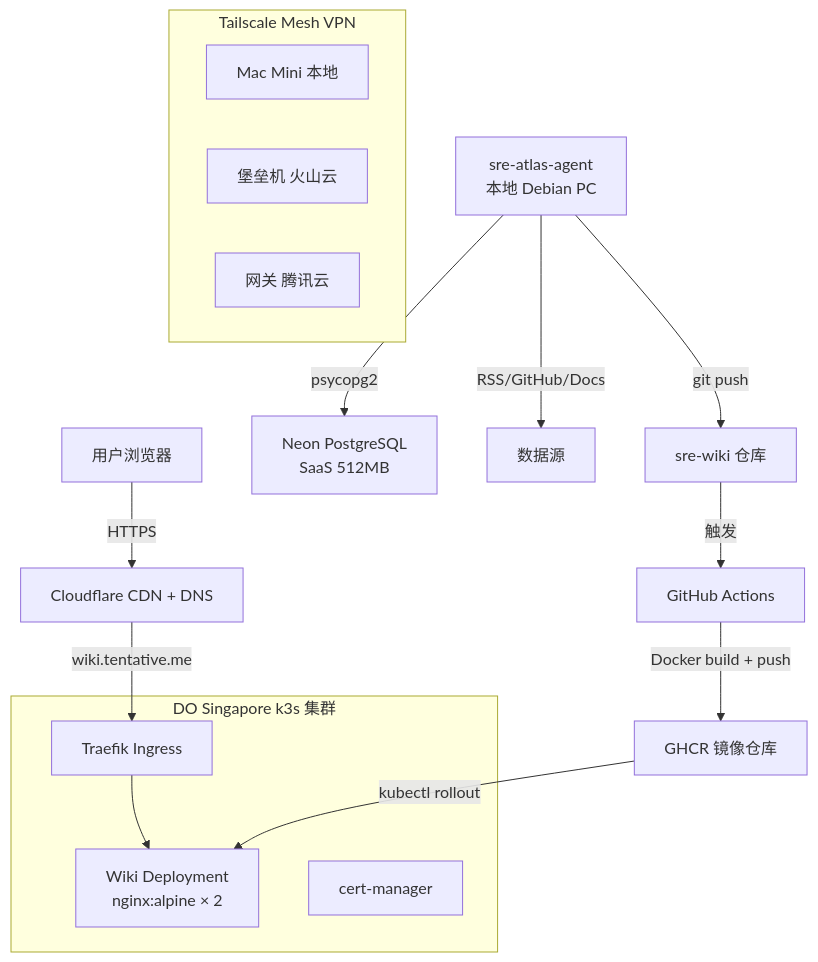
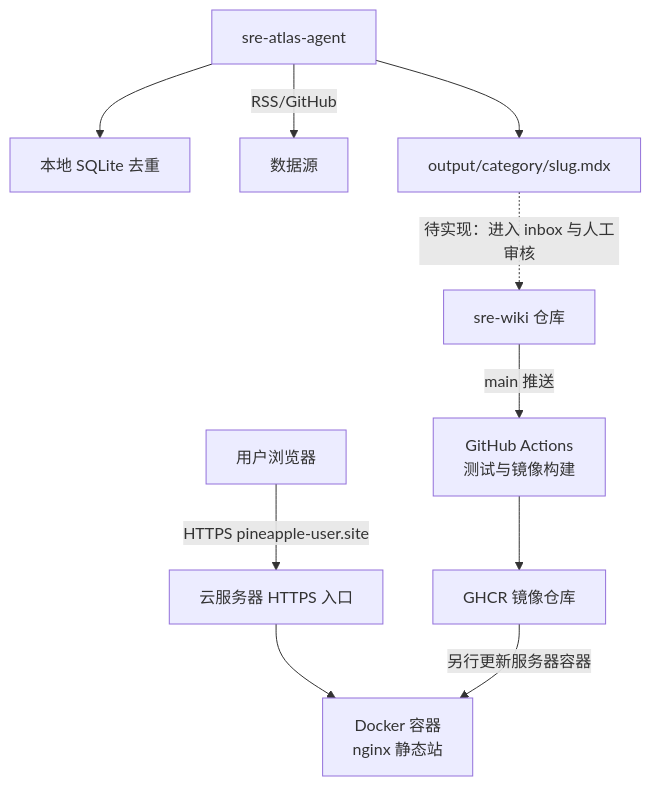
The diagram in PROJECT.md (lin327/sre-wiki), drawn with Mermaid before and after one commit. The commit also changed other lines of this file and 1 other file, not shown here.

Commit message:
docs(repo): 对齐部署内容边界与广告说明

````diff
--- a/PROJECT.md
+++ b/PROJECT.md
@@ -16,26 +16,12 @@
 ```mermaid
 graph TB
-    User[用户浏览器] -->|HTTPS| CF[Cloudflare CDN + DNS]
-    CF -->|wiki.tentative.me| Traefik[Traefik Ingress]
-    Traefik --> Wiki[Wiki Deployment<br/>nginx:alpine × 2]
-
-    GH[GitHub Actions] -->|Docker build + push| GHCR[GHCR 镜像仓库]
-    GHCR -->|kubectl rollout| Wiki
-
-    Agent[sre-atlas-agent<br/>本地 Debian PC] -->|psycopg2| Neon[Neon PostgreSQL<br/>SaaS 512MB]
-    Agent -->|RSS/GitHub/Docs| Sources[数据源]
-    Agent -->|git push| Repo[sre-wiki 仓库]
-    Repo -->|触发| GH
-
-    subgraph "DO Singapore k3s 集群"
-        Traefik
-        Wiki
-        CM[cert-manager]
-    end
-
-    subgraph "Tailscale Mesh VPN"
-        MC[Mac Mini 本地]
-        Bastion[堡垒机 火山云]
-        GW[网关 腾讯云]
-    end
+    User[用户浏览器] -->|HTTPS pineapple-user.site| Server[云服务器 HTTPS 入口]
+    Server --> Wiki[Docker 容器<br/>nginx 静态站]
+    Repo[sre-wiki 仓库] -->|main 推送| GH[GitHub Actions<br/>测试与镜像构建]
+    GH --> GHCR[GHCR 镜像仓库]
+    GHCR -->|另行更新服务器容器| Wiki
+    Agent[sre-atlas-agent] --> SQLite[本地 SQLite 去重]
+    Agent -->|RSS/GitHub| Sources[数据源]
+    Agent --> Output[output/category/slug.mdx]
+    Output -.->|待实现：进入 inbox 与人工审核| Repo
 ```
````
